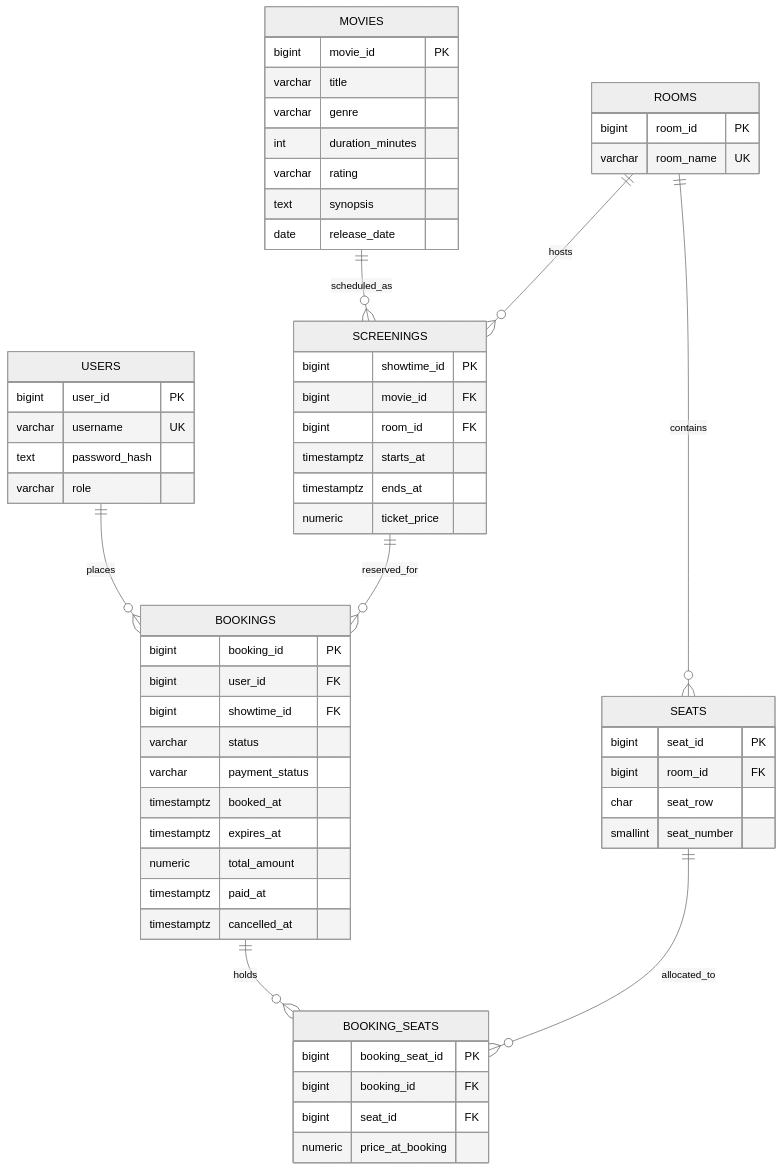
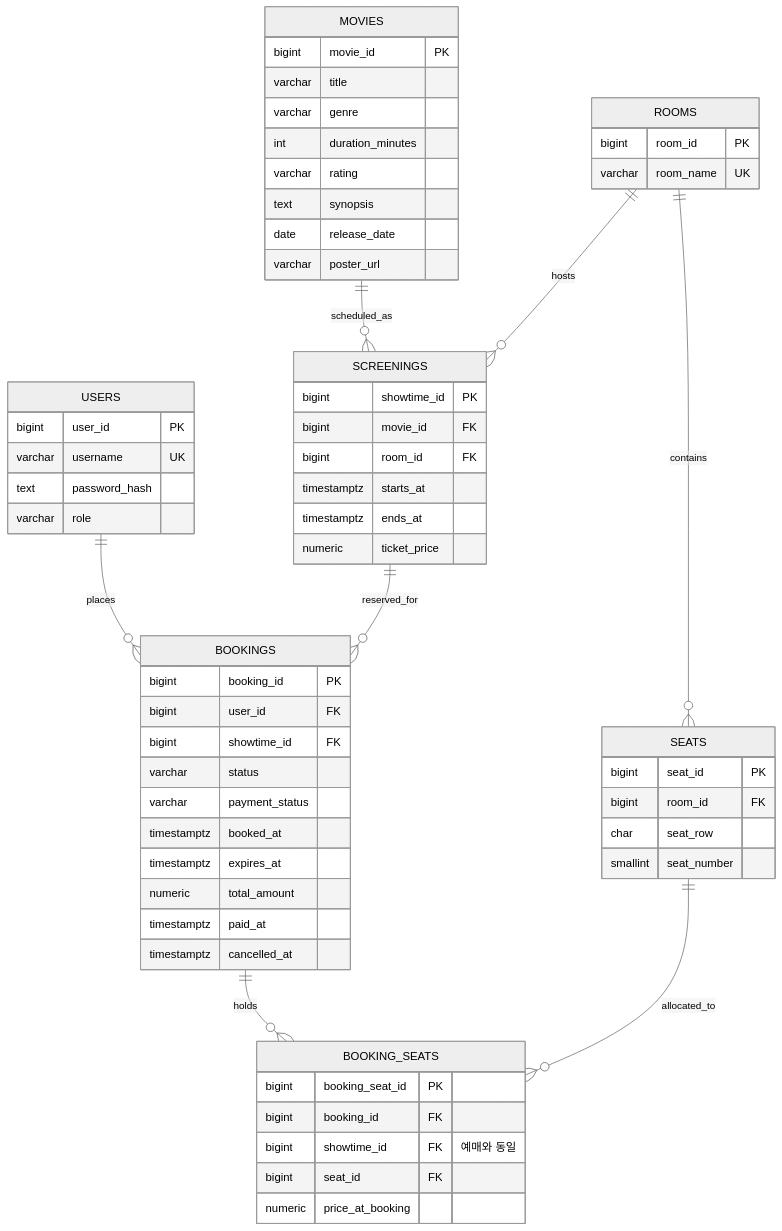
Before and after one commit to unhodrgn/Cinema: the diagram in docs/database/logical_data_model.md, drawn with Mermaid (neutral theme). The commit also changed other lines of this file and 19 other files, not shown here.

Commit message:
docs(db): finalize Korean schema docs and executable SQL demos

````diff
--- a/docs/database/logical_data_model.md
+++ b/docs/database/logical_data_model.md
@@ -38,62 +42,64 @@
 ```mermaid
 erDiagram
     USERS ||--o{ BOOKINGS : places
     MOVIES ||--o{ SCREENINGS : scheduled_as
     ROOMS ||--o{ SEATS : contains
     ROOMS ||--o{ SCREENINGS : hosts
     SCREENINGS ||--o{ BOOKINGS : reserved_for
     BOOKINGS ||--o{ BOOKING_SEATS : holds
     SEATS ||--o{ BOOKING_SEATS : allocated_to
 
     USERS {
         bigint user_id PK
         varchar username UK
         text password_hash
         varchar role
     }
     MOVIES {
         bigint movie_id PK
         varchar title
         varchar genre
         int duration_minutes
         varchar rating
         text synopsis
         date release_date
+        varchar poster_url
     }
     ROOMS {
         bigint room_id PK
         varchar room_name UK
     }
     SEATS {
         bigint seat_id PK
         bigint room_id FK
         char seat_row
         smallint seat_number
     }
     SCREENINGS {
         bigint showtime_id PK
         bigint movie_id FK
         bigint room_id FK
         timestamptz starts_at
         timestamptz ends_at
         numeric ticket_price
     }
     BOOKINGS {
         bigint booking_id PK
         bigint user_id FK
         bigint showtime_id FK
         varchar status
         varchar payment_status
         timestamptz booked_at
         timestamptz expires_at
         numeric total_amount
         timestamptz paid_at
         timestamptz cancelled_at
     }
     BOOKING_SEATS {
         bigint booking_seat_id PK
         bigint booking_id FK
+        bigint showtime_id FK "예매와 동일"
         bigint seat_id FK
         numeric price_at_booking
     }
 ```
````
